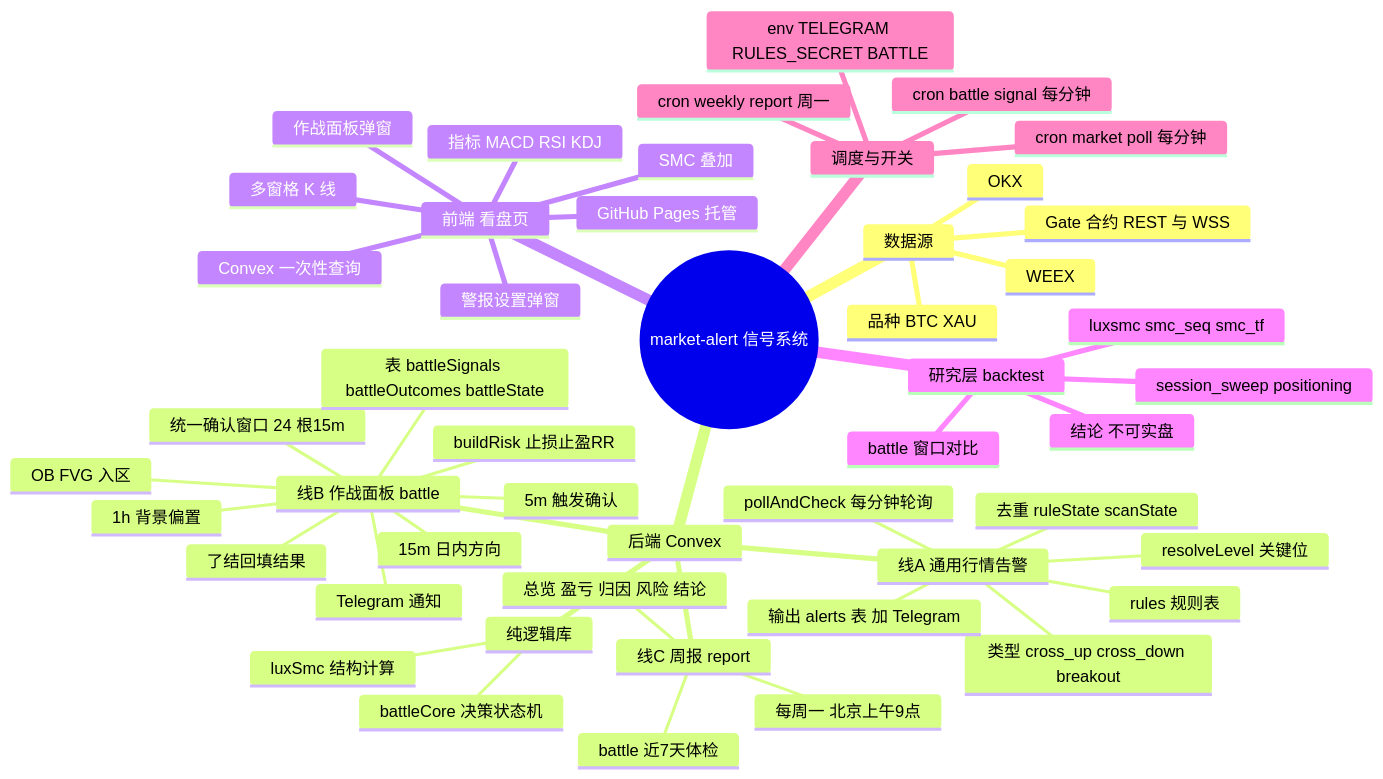
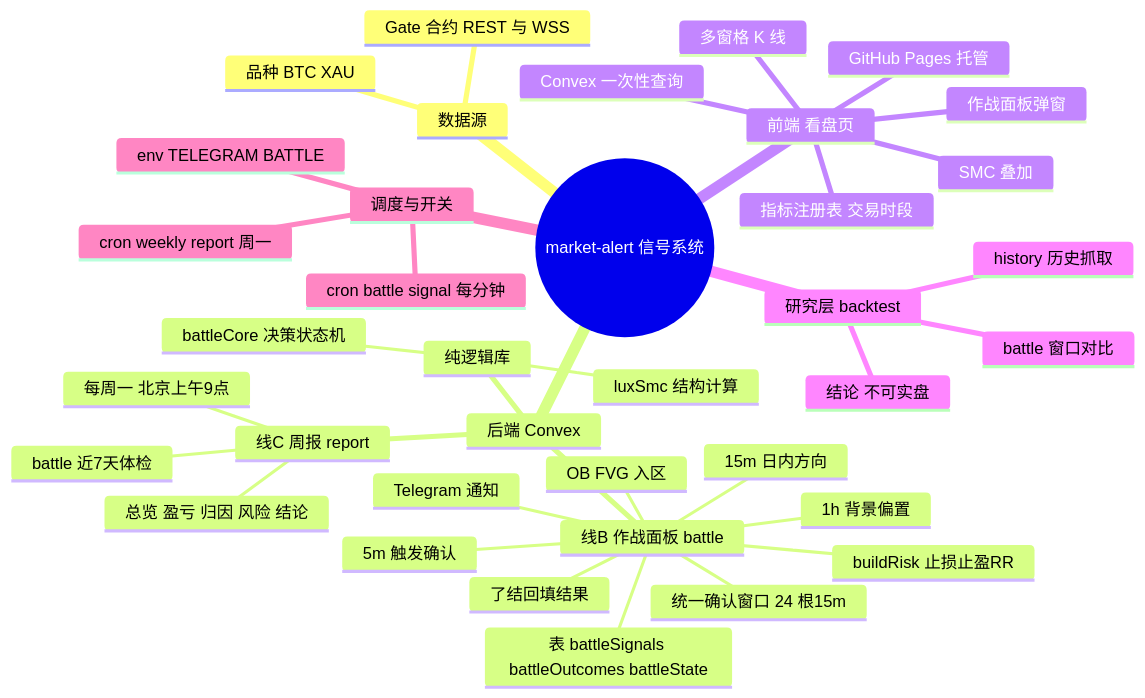
Before and after one commit to wond03/market-alert: the diagram in docs/business-logic/README.md, drawn with Mermaid. The commit also changed other lines of this file and 15 other files, not shown here.

````diff
--- a/docs/business-logic/README.md
+++ b/docs/business-logic/README.md
@@ -8,52 +8,40 @@
 ```mermaid
 mindmap
   root((market-alert 信号系统))
     数据源
       Gate 合约 REST 与 WSS
-      WEEX
-      OKX
       品种 BTC XAU
     后端 Convex
-      线A 通用行情告警
-        rules 规则表
-        resolveLevel 关键位
-        pollAndCheck 每分钟轮询
-        类型 cross_up cross_down breakout
-        去重 ruleState scanState
-        输出 alerts 表 加 Telegram
       线B 作战面板 battle
         1h 背景偏置
         15m 日内方向
         OB FVG 入区
         统一确认窗口 24 根15m
         5m 触发确认
         buildRisk 止损止盈RR
         表 battleSignals battleOutcomes battleState
         了结回填结果
         Telegram 通知
       线C 周报 report
         每周一 北京上午9点
         battle 近7天体检
         总览 盈亏 归因 风险 结论
       纯逻辑库
         luxSmc 结构计算
         battleCore 决策状态机
     前端 看盘页
       多窗格 K 线
       SMC 叠加
-      指标 MACD RSI KDJ
-      警报设置弹窗
+      指标注册表 交易时段
       作战面板弹窗
       Convex 一次性查询
       GitHub Pages 托管
     研究层 backtest
       battle 窗口对比
-      luxsmc smc_seq smc_tf
-      session_sweep positioning
+      history 历史抓取
       结论 不可实盘
     调度与开关
-      cron market poll 每分钟
       cron battle signal 每分钟
       cron weekly report 周一
-      env TELEGRAM RULES_SECRET BATTLE
+      env TELEGRAM BATTLE
 ```
````
